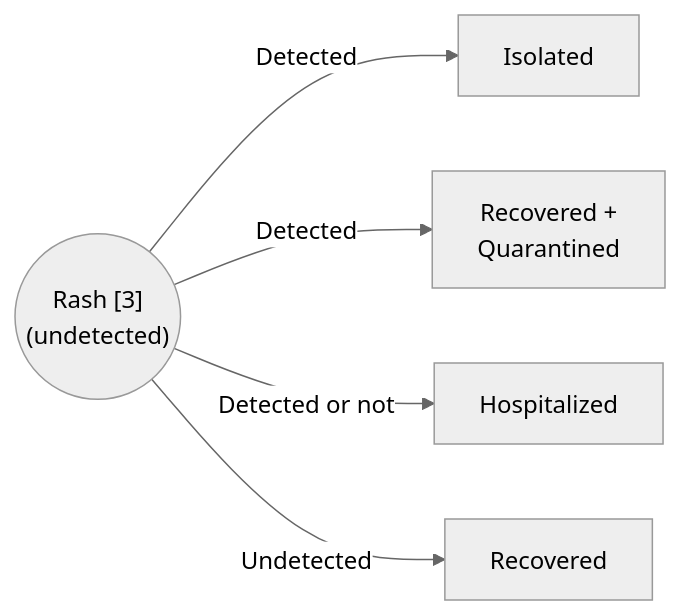
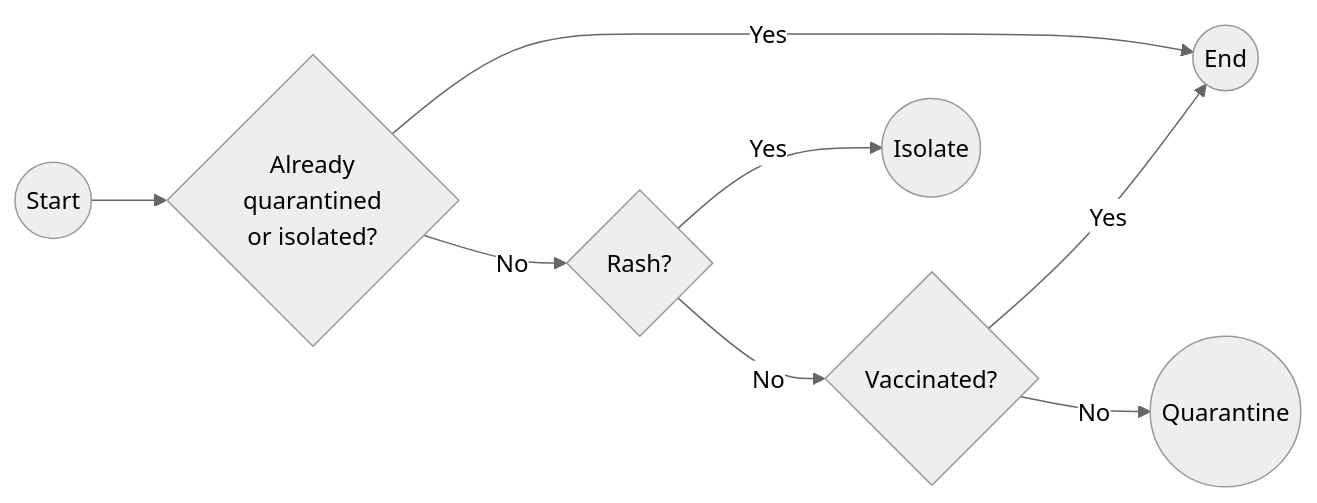
The third of 3 diagrams in school_quarantine/README.md (EpiForeSITE/epiworld-measles), drawn with Mermaid (neutral theme) before and after one commit. The commit also changed other lines of this file and 1 other file, not shown here.

````diff
--- a/school_quarantine/README.md
+++ b/school_quarantine/README.md
@@ -98,7 +111,11 @@
 ```mermaid
 flowchart LR
-    Rash(("Rash [3]<br>(undetected)")) -->|Detected|Isolated
-    Rash -->|Detected|RecoveredQuarantined["Recovered +<br>Quarantined"]
-    Rash -->|Detected or not|Hospitalized
-    Rash -->|Undetected|Recovered
+    Start((Start)) --> infected{"Already<br>quarantined<br>or isolated?"}
+    infected -->|Yes|End((End))
+    infected -->|No|Rash{"Rash?"}
+    Rash -->|Yes|Isolate((Isolate))
+    Rash -->|No|vax
+    vax{"Vaccinated?"}
+    vax -->|Yes|End
+    vax -->|No|Quarantine((Quarantine))
 ```
````
